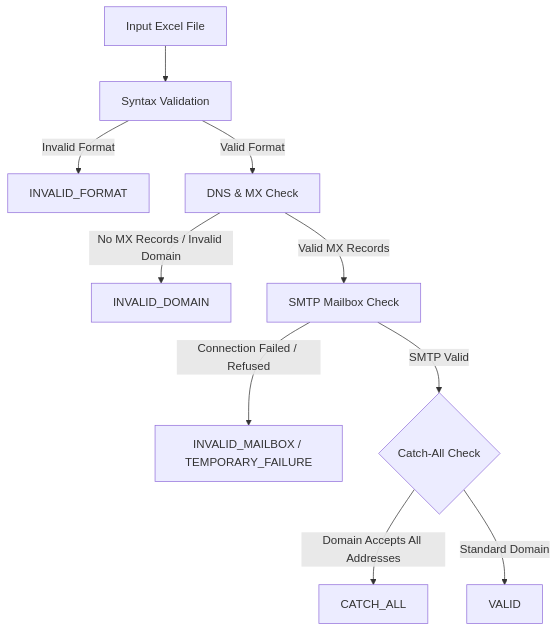
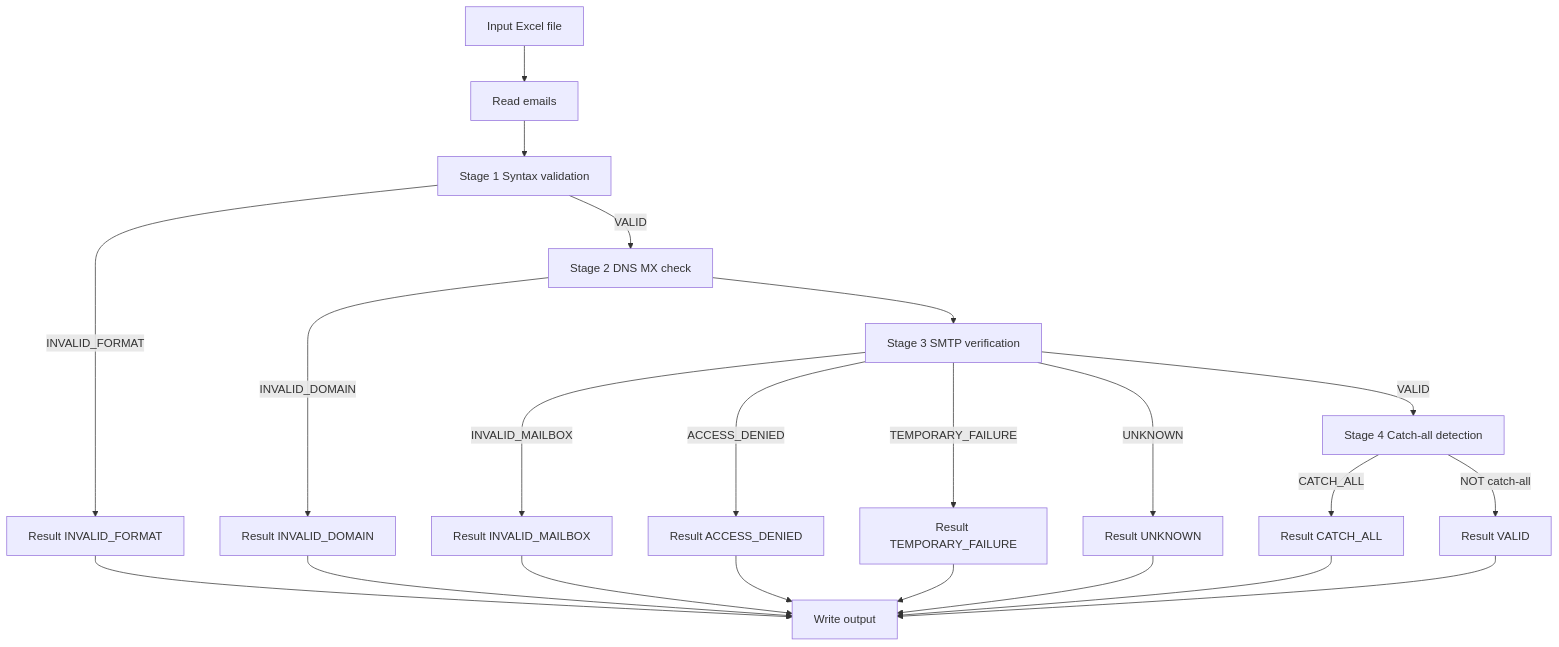
Before and after one commit to Manas-Dikshit/Email_Validator-: the diagram in README.md, drawn with Mermaid. The commit also changed other lines of this file, not shown here.

````diff
--- a/README.md
+++ b/README.md
@@ -21,12 +28,28 @@
 ```mermaid
 graph TD
-    A[Input Excel File] --> B[Syntax Validation]
-    B -- Invalid Format --> C[INVALID_FORMAT]
-    B -- Valid Format --> D[DNS & MX Check]
-    D -- No MX Records / Invalid Domain --> E[INVALID_DOMAIN]
-    D -- Valid MX Records --> F[SMTP Mailbox Check]
-    F -- Connection Failed / Refused --> G[INVALID_MAILBOX / TEMPORARY_FAILURE]
-    F -- SMTP Valid --> H{Catch-All Check}
-    H -- Domain Accepts All Addresses --> I[CATCH_ALL]
-    H -- Standard Domain --> J[VALID]
+    A[Input Excel file] --> B[Read emails]
+    B --> C[Stage 1 Syntax validation]
+    C -->|INVALID_FORMAT| CI[Result INVALID_FORMAT]
+    C -->|VALID| D[Stage 2 DNS MX check]
+
+    D -->|INVALID_DOMAIN| DI[Result INVALID_DOMAIN]
+    D --> E[Stage 3 SMTP verification]
+
+    E -->|VALID| F[Stage 4 Catch-all detection]
+    E -->|INVALID_MAILBOX| IM[Result INVALID_MAILBOX]
+    E -->|ACCESS_DENIED| AD[Result ACCESS_DENIED]
+    E -->|TEMPORARY_FAILURE| TF[Result TEMPORARY_FAILURE]
+    E -->|UNKNOWN| U[Result UNKNOWN]
+
+    F -->|CATCH_ALL| CA[Result CATCH_ALL]
+    F -->|NOT catch-all| V[Result VALID]
+
+    CI --> Z[Write output]
+    DI --> Z
+    IM --> Z
+    AD --> Z
+    TF --> Z
+    U --> Z
+    CA --> Z
+    V --> Z
 ```
````
